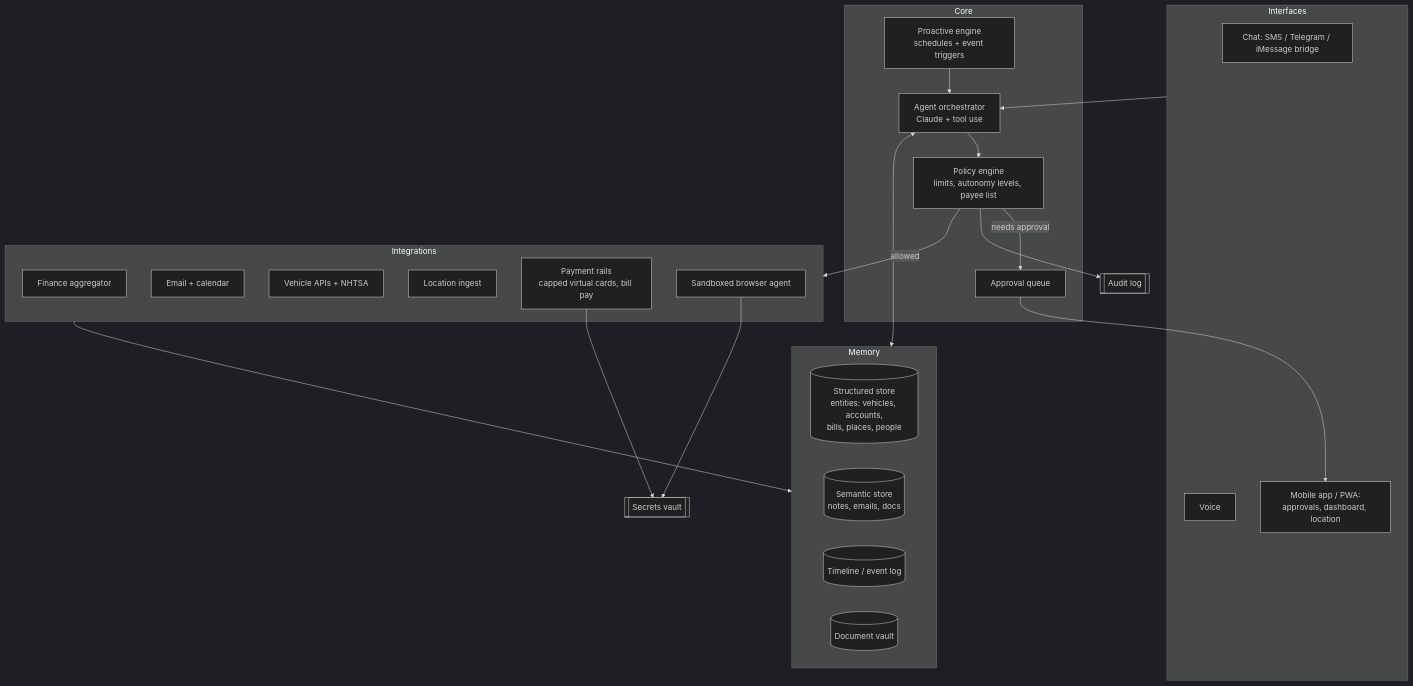
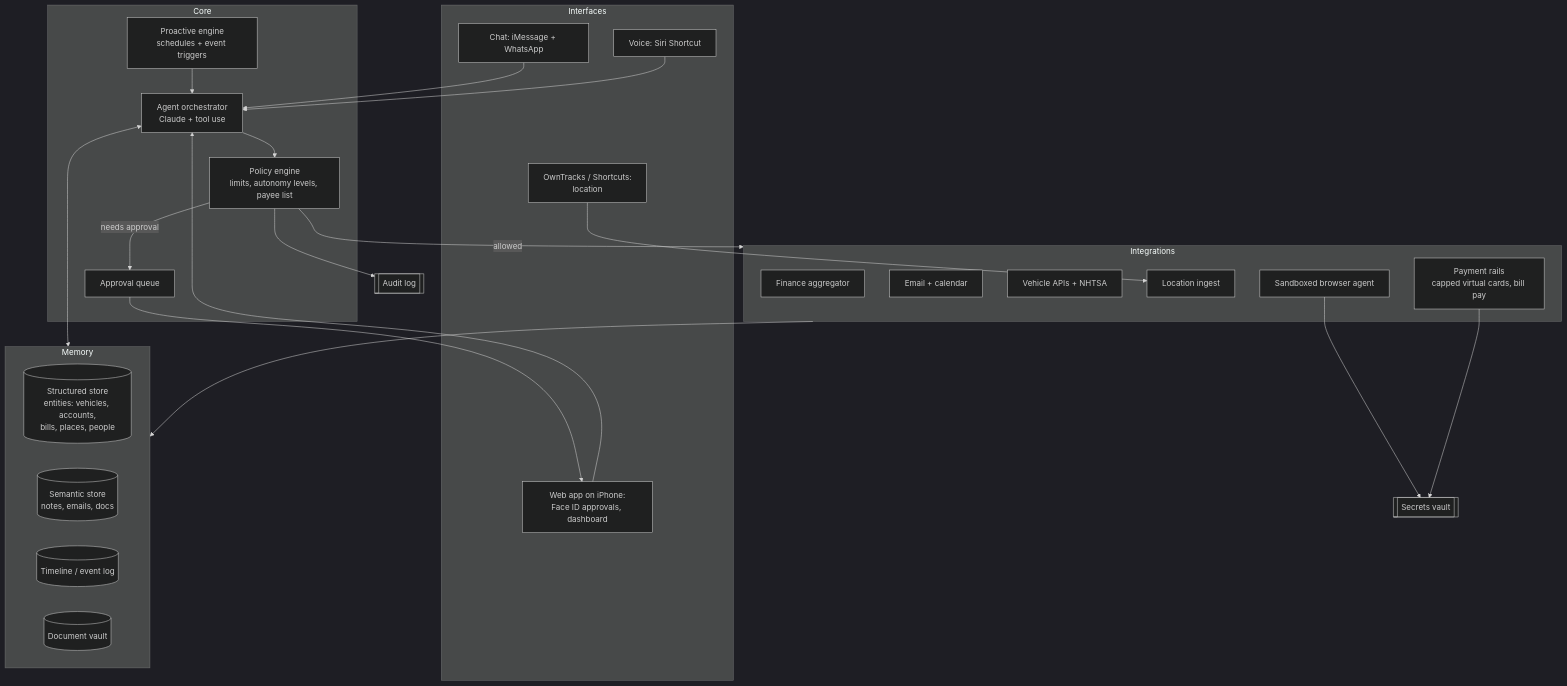
The diagram in docs/SCOPE.md (jovansethipersonal/Personal-Assistant-), drawn with Mermaid (dark theme) before and after one commit. The commit also changed other lines of this file, not shown here.

First line of the commit message:
Scope: iPhone, iMessage/WhatsApp/Instagram channels, multiple email accounts

````diff
--- a/docs/SCOPE.md
+++ b/docs/SCOPE.md
@@ -144,45 +176,49 @@
 ```mermaid
 flowchart TB
     subgraph Interfaces
-        CHAT[Chat: SMS / Telegram / iMessage bridge]
-        VOICE[Voice]
-        APP[Mobile app / PWA:<br/>approvals, dashboard, location]
+        CHAT[Chat: iMessage + WhatsApp]
+        VOICE[Voice: Siri Shortcut]
+        APP[Web app on iPhone:<br/>Face ID approvals, dashboard]
+        LOCAPP[OwnTracks / Shortcuts:<br/>location]
     end
 
     subgraph Core
         ORCH[Agent orchestrator<br/>Claude + tool use]
         POLICY[Policy engine<br/>limits, autonomy levels, payee list]
         SCHED[Proactive engine<br/>schedules + event triggers]
         APPROVE[Approval queue]
     end
 
     subgraph Memory
         KG[(Structured store<br/>entities: vehicles, accounts,<br/>bills, places, people)]
         VEC[(Semantic store<br/>notes, emails, docs)]
         TL[(Timeline / event log)]
         DOCS[(Document vault)]
     end
 
     subgraph Integrations
         FIN[Finance aggregator]
         MAIL[Email + calendar]
         CAR[Vehicle APIs + NHTSA]
         LOC[Location ingest]
         PAY[Payment rails<br/>capped virtual cards, bill pay]
         BROWSER[Sandboxed browser agent]
     end
 
     VAULT[[Secrets vault]]
     AUDIT[[Audit log]]
 
-    Interfaces --> ORCH
+    CHAT --> ORCH
+    VOICE --> ORCH
+    APP --> ORCH
+    LOCAPP --> LOC
     SCHED --> ORCH
     ORCH <--> Memory
     ORCH --> POLICY
     POLICY -->|allowed| Integrations
     POLICY -->|needs approval| APPROVE --> APP
     Integrations --> Memory
     BROWSER --> VAULT
     PAY --> VAULT
     POLICY --> AUDIT
 ```
````
